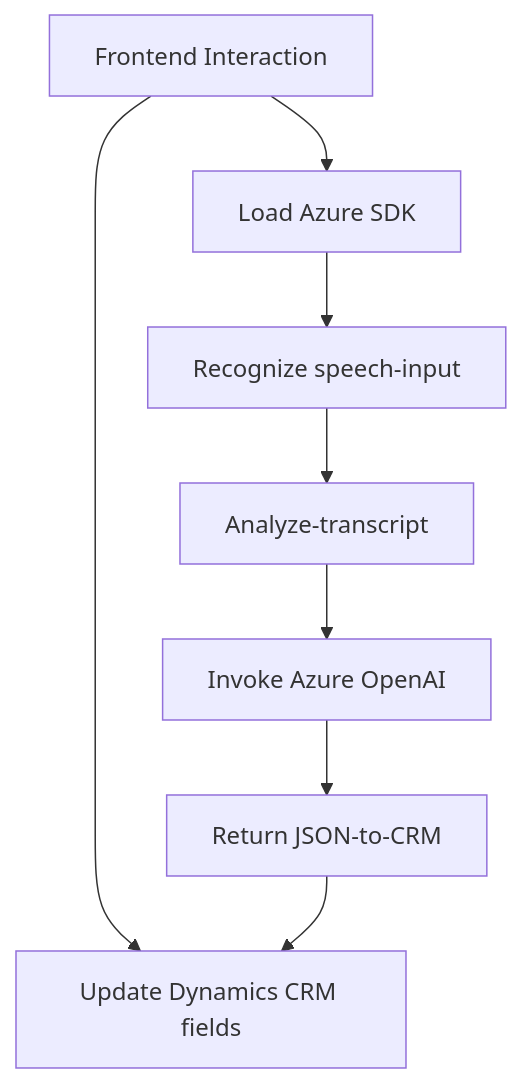
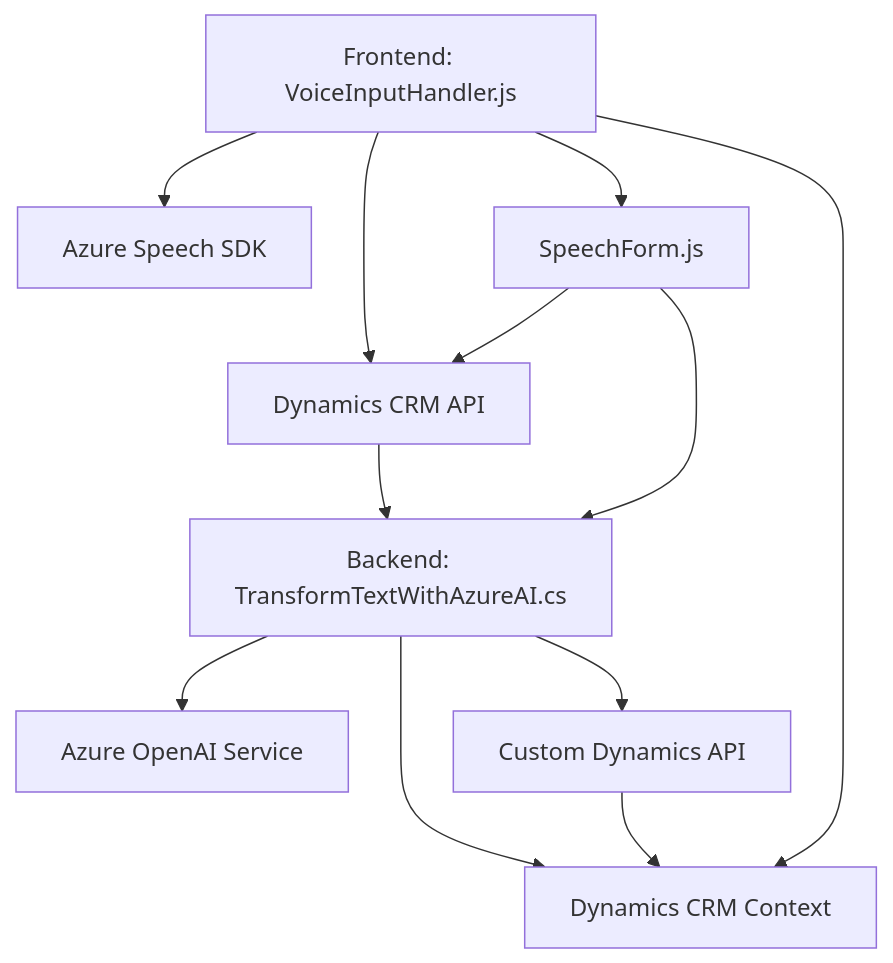
The diagram in README.md (blopezdm/NETCORE_BILBAO2025), drawn with Mermaid before and after one commit. The commit also changed other lines of this file, not shown here.

````diff
--- a/README.md
+++ b/README.md
@@ -46,18 +38,23 @@
 ```mermaid
 graph TD
-    A["Frontend Interaction"]
+    A["Frontend: VoiceInputHandler.js"]
     B["Azure Speech SDK"]
-    C["Dynamics CRM Form Context"]
-    D["Recognize Voice--speechInputHandler JS"]
-    E["Enrich Data--TransformTextWithAzureAI.cs"]
-    F["Azure OpenAI"]
-    G["Update CRM Fields"]
+    C["Dynamics CRM API"]
+    D["SpeechForm.js"]
+    E["Backend: TransformTextWithAzureAI.cs"]
+    F["Azure OpenAI Service"]
+    G["Dynamics CRM Context"]
+    H["Custom Dynamics API"]
 
-    A --> B["Load Azure SDK"]
-    B --> D["Recognize speech-input"]
-    A --> C["Obtain visible fields"]
-    D --> E["Analyze-transcript"]
-    E --> F["Invoke Azure OpenAI"]
-    F --> G["Return JSON-to-CRM"]
-    G --> C["Update Dynamics CRM fields"]
+    A --> B
+    A --> C
+    A --> D
+    D --> C
+    D --> E
+    C --> E
+    E --> F
+    E --> G
+    A --> G
+    E --> H
+    H --> G
 ```
````
